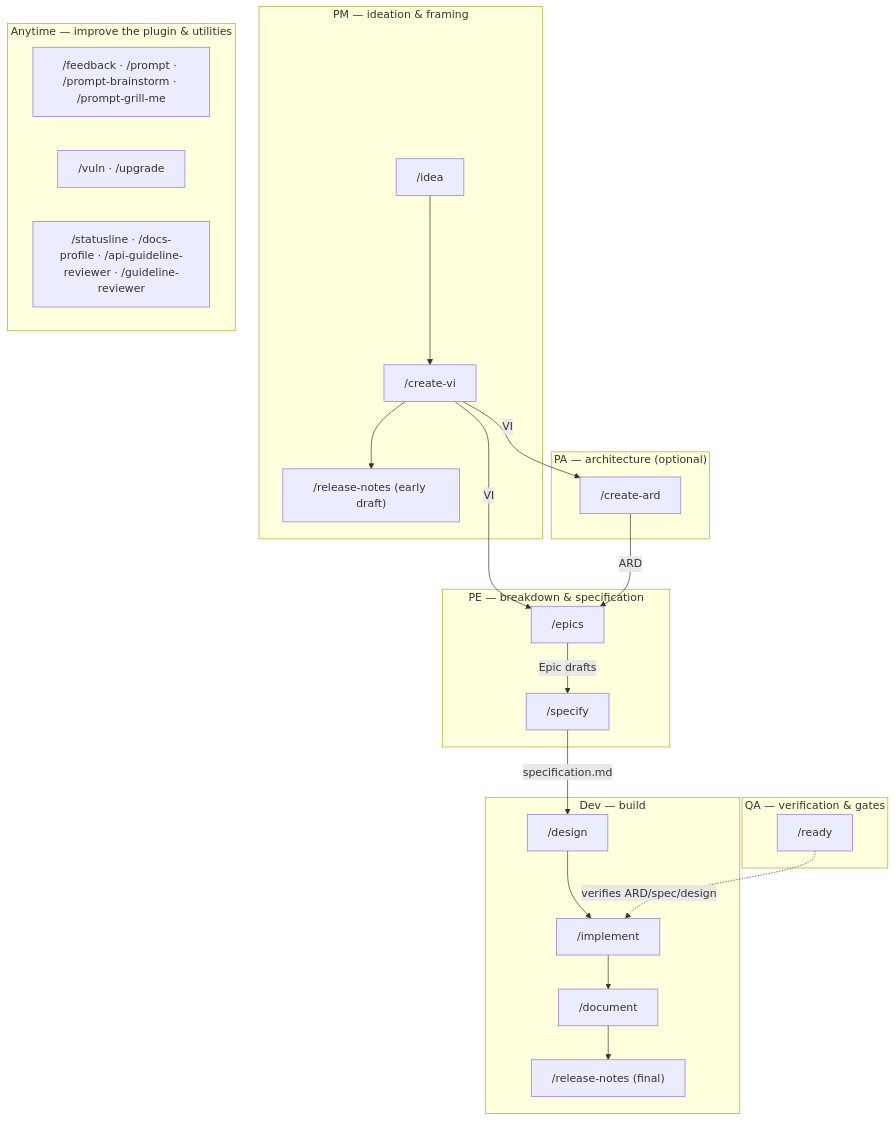
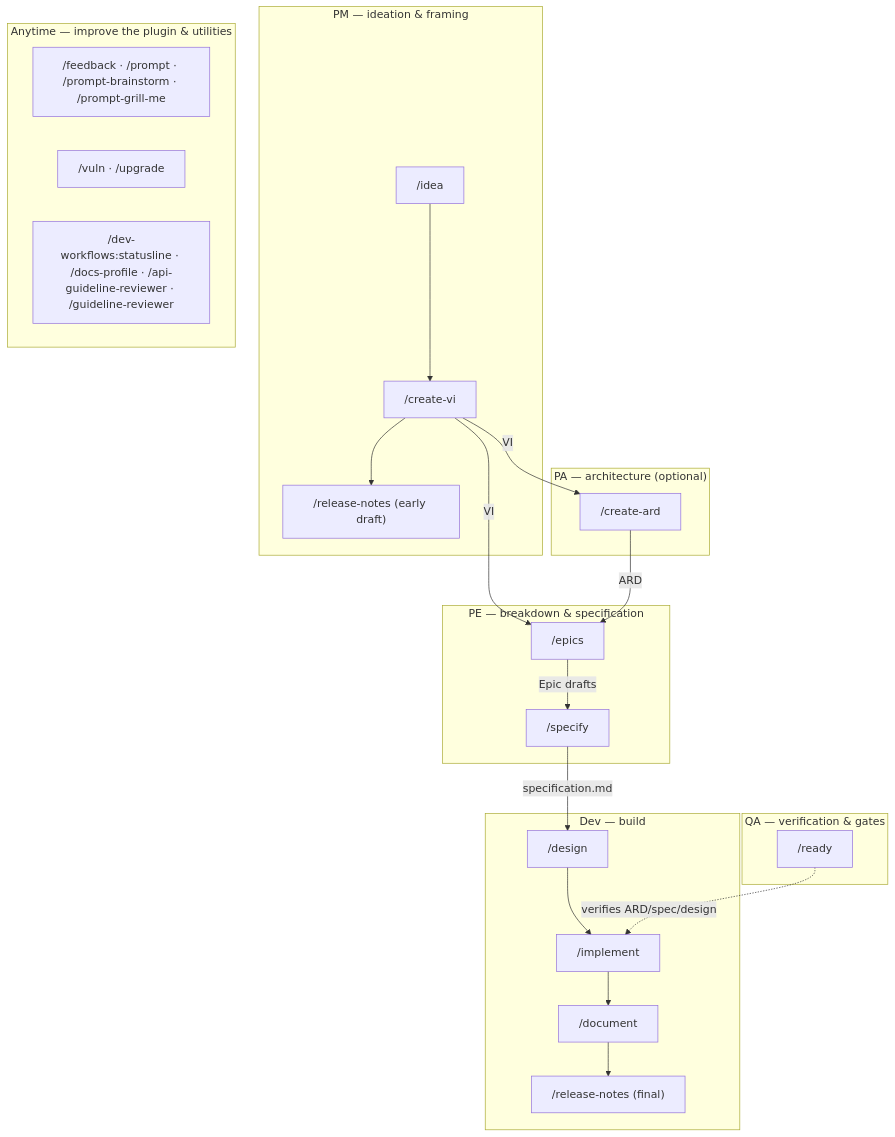
One commit to ihudak/ihudak-claude-plugins changed the first of 2 diagrams in plugins/dev-workflows/README.md. Above: the diagram before and after it, drawn with Mermaid. The commit also changed other lines of this file and 6 other files, not shown here.

First line of the commit message:
fix(dev-workflows): disambiguate /statusline from Claude Code's built-in command + bump to 2.31.2

````diff
--- a/plugins/dev-workflows/README.md
+++ b/plugins/dev-workflows/README.md
@@ -46,34 +46,34 @@
 ```mermaid
 flowchart TD
     subgraph PM["PM — ideation & framing"]
         idea["/idea"] --> createvi["/create-vi"]
         createvi --> rnpm["/release-notes (early draft)"]
     end
     subgraph PA["PA — architecture (optional)"]
         createard["/create-ard"]
     end
     subgraph PE["PE — breakdown & specification"]
         epics["/epics"]
         specify["/specify"]
     end
     subgraph DEV["Dev — build"]
         design["/design"] --> implement["/implement"]
         implement --> document["/document"]
         document --> rndev["/release-notes (final)"]
     end
     subgraph QA["QA — verification & gates"]
         ready["/ready"]
     end
     subgraph ANY["Anytime — improve the plugin & utilities"]
         improve["/feedback · /prompt · /prompt-brainstorm · /prompt-grill-me"]
         maint["/vuln · /upgrade"]
-        tooling["/statusline · /docs-profile · /api-guideline-reviewer · /guideline-reviewer"]
+        tooling["/dev-workflows:statusline · /docs-profile · /api-guideline-reviewer · /guideline-reviewer"]
     end
 
     createvi -->|VI| createard
     createvi -->|VI| epics
     createard -->|ARD| epics
     epics -->|Epic drafts| specify
     specify -->|specification.md| design
     ready -. verifies ARD/spec/design .-> implement
 ```
````
